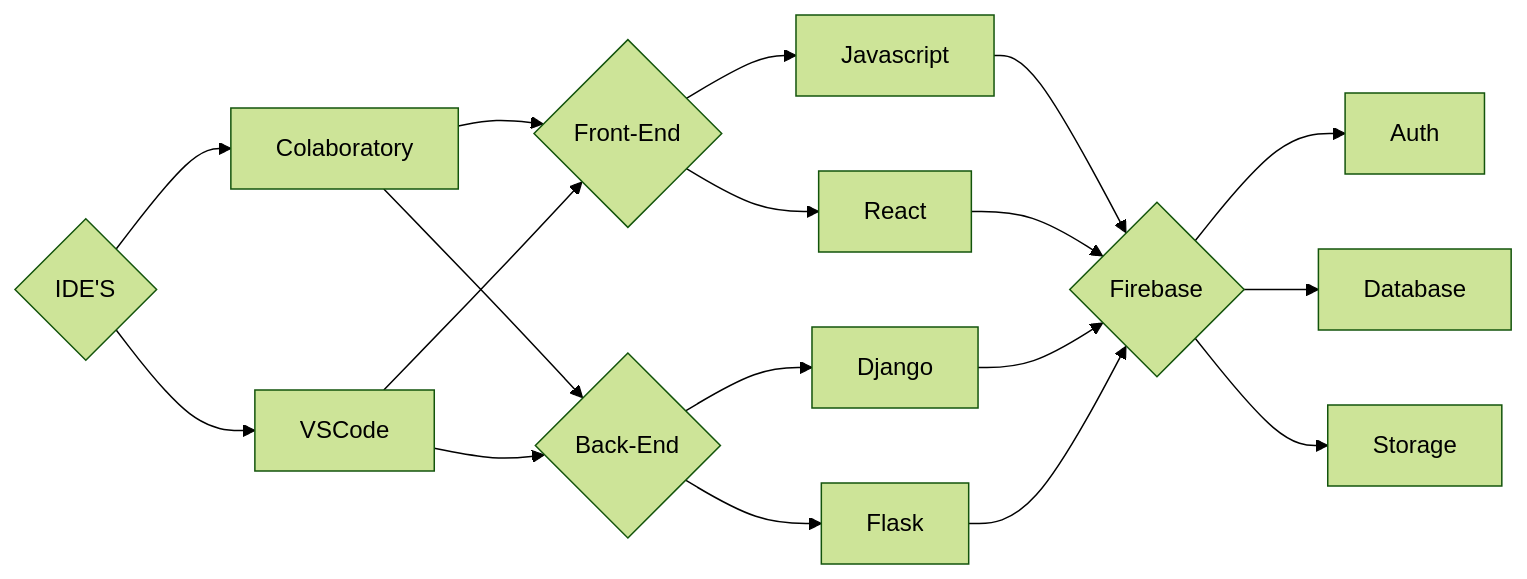
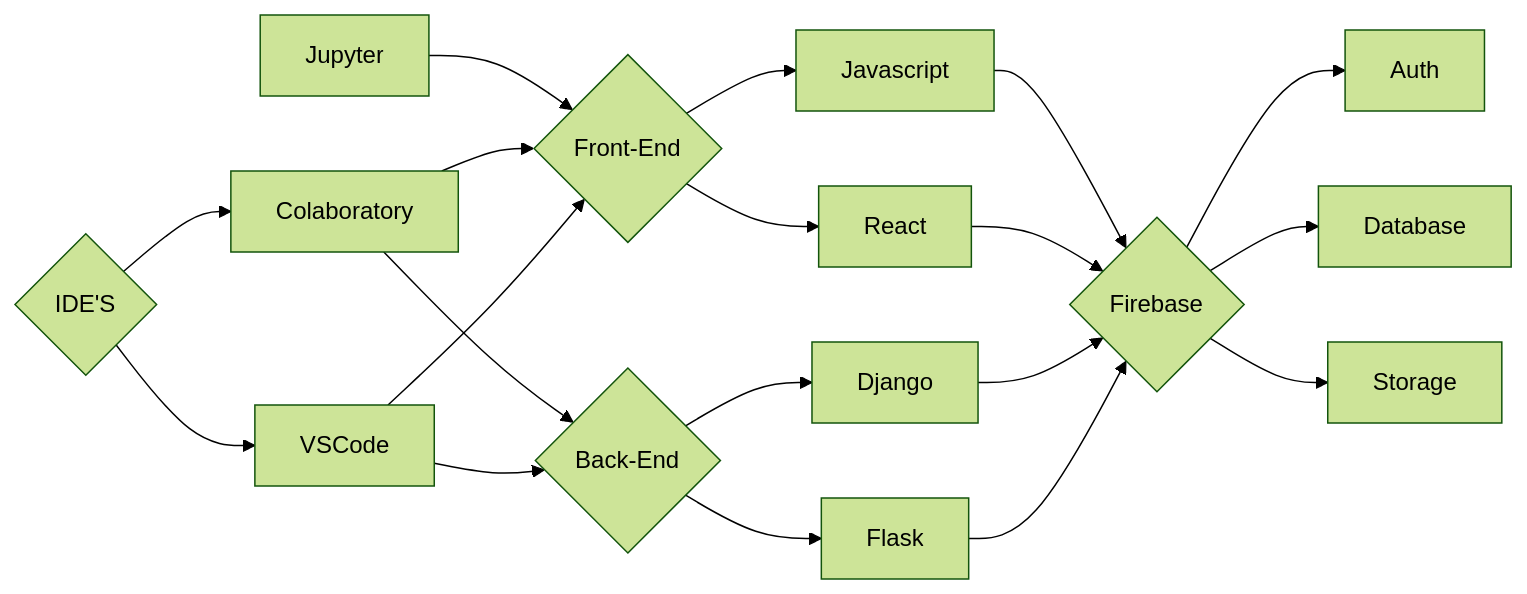
Before and after one commit to SauloCandeira/SauloCandeira: the first of 2 diagrams in README.md, drawn with Mermaid (forest theme).

````diff
--- a/README.md
+++ b/README.md
@@ -60,22 +60,24 @@
 ```mermaid
 flowchart LR
+
+M[Jupyter] --> A{Front-End} 
+
+Z{IDE'S} --> K[Colaboratory]
+Z  --> L
 
 K[Colaboratory] --> A{Front-End} 
 K --> B{Back-End}
 L[VSCode] --> A{Front-End} 
 L --> B{Back-End}
-
-Z{IDE'S} --> K[Colaboratory]
-Z  --> L
 
 A{Front-End} --> I[Javascript] --> C{Firebase}
 A{Front-End} --> J[React] --> C{Firebase}
 
 B{Back-End} --> G[Django] --> C{Firebase}
 B{Back-End} --> H[Flask] --> C{Firebase}
 
 
 C --> D[Auth]
 C --> E[Database]
 C --> F[Storage]
 ```
````
